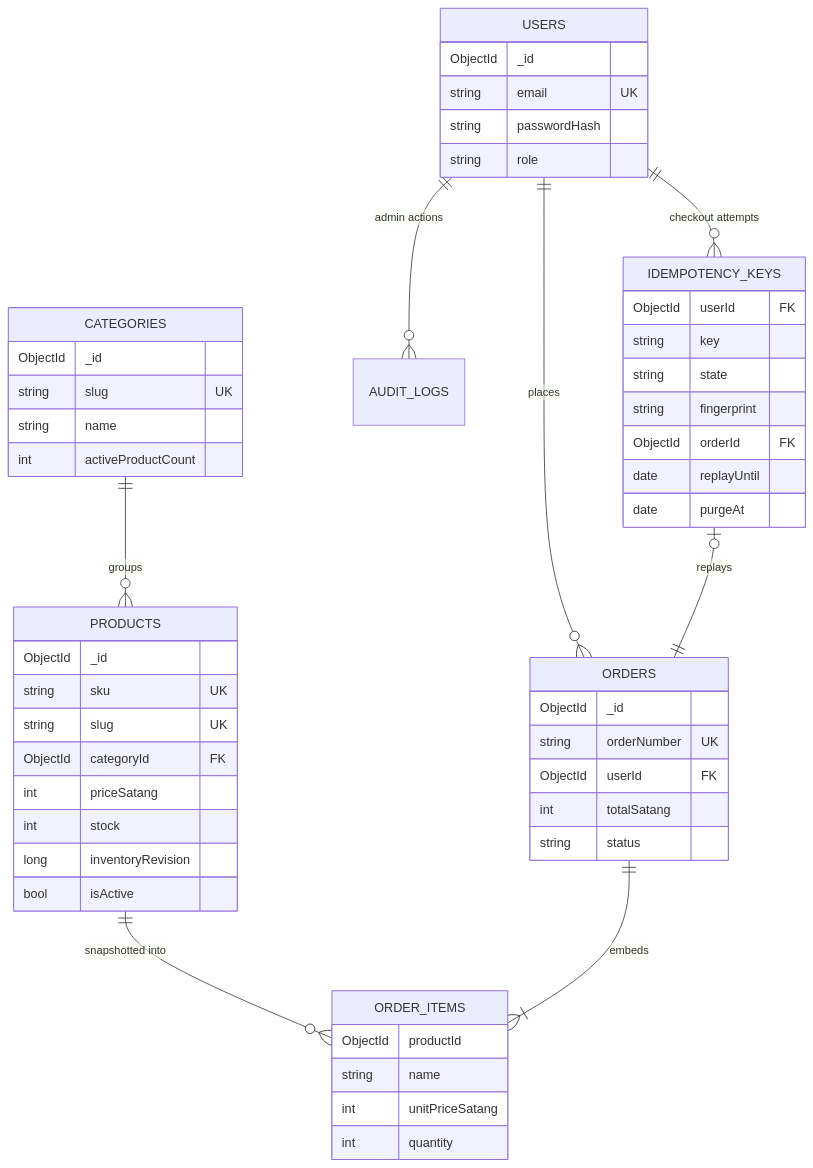
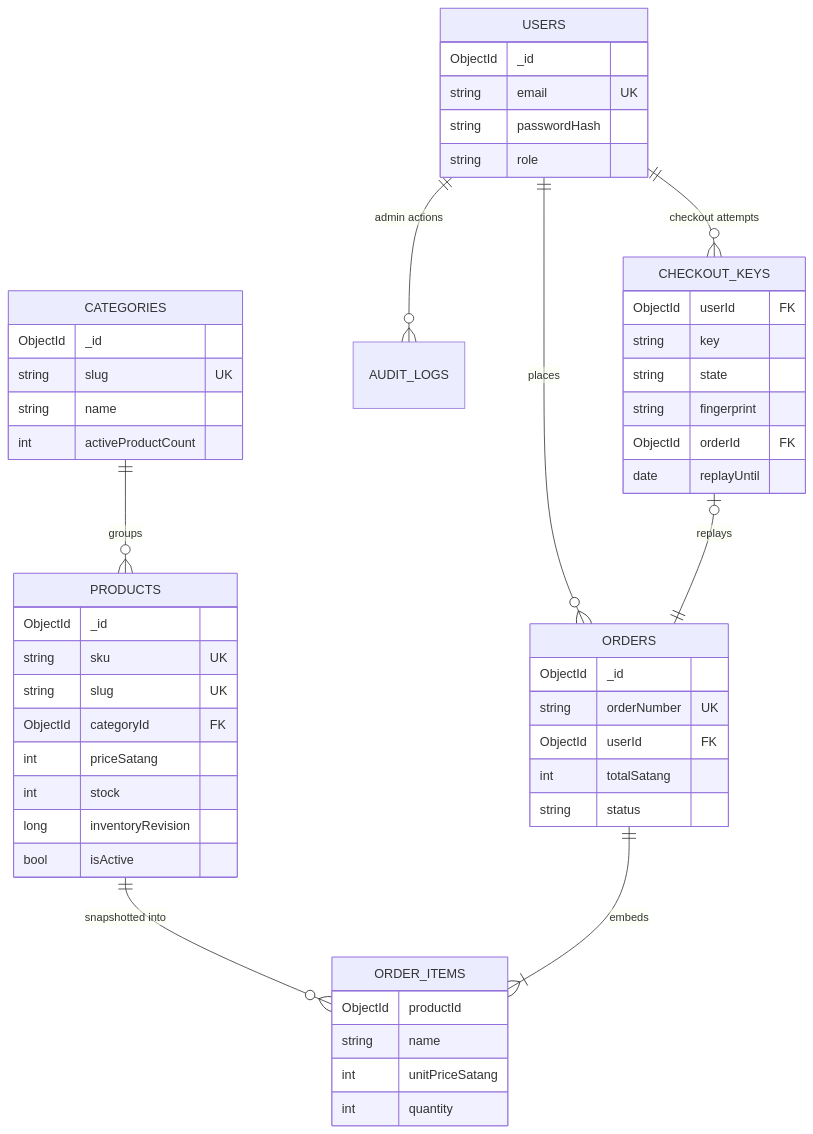
One commit to JameThaksin/it-peripheral-store changed the diagram in docs/architecture/DATABASE_DESIGN.md. Above: the diagram before and after it, drawn with Mermaid. The commit also changed other lines of this file and 7 other files, not shown here.

````diff
--- a/docs/architecture/DATABASE_DESIGN.md
+++ b/docs/architecture/DATABASE_DESIGN.md
@@ -39,54 +39,53 @@
 ```mermaid
 erDiagram
   USERS ||--o{ ORDERS : places
   CATEGORIES ||--o{ PRODUCTS : groups
   PRODUCTS ||--o{ ORDER_ITEMS : "snapshotted into"
   ORDERS ||--|{ ORDER_ITEMS : embeds
   USERS ||--o{ AUDIT_LOGS : "admin actions"
-  USERS ||--o{ IDEMPOTENCY_KEYS : "checkout attempts"
-  IDEMPOTENCY_KEYS |o--|| ORDERS : "replays"
+  USERS ||--o{ CHECKOUT_KEYS : "checkout attempts"
+  CHECKOUT_KEYS |o--|| ORDERS : "replays"
   USERS {
     ObjectId _id
     string email UK
     string passwordHash
     string role
   }
   CATEGORIES {
     ObjectId _id
     string slug UK
     string name
     int activeProductCount
   }
   PRODUCTS {
     ObjectId _id
     string sku UK
     string slug UK
     ObjectId categoryId FK
     int priceSatang
     int stock
     long inventoryRevision
     bool isActive
   }
   ORDERS {
     ObjectId _id
     string orderNumber UK
     ObjectId userId FK
     int totalSatang
     string status
   }
-  IDEMPOTENCY_KEYS {
+  CHECKOUT_KEYS {
     ObjectId userId FK
     string key
     string state
     string fingerprint
     ObjectId orderId FK
     date replayUntil
-    date purgeAt
   }
   ORDER_ITEMS {
     ObjectId productId
     string name
     int unitPriceSatang
     int quantity
   }
 ```
````
